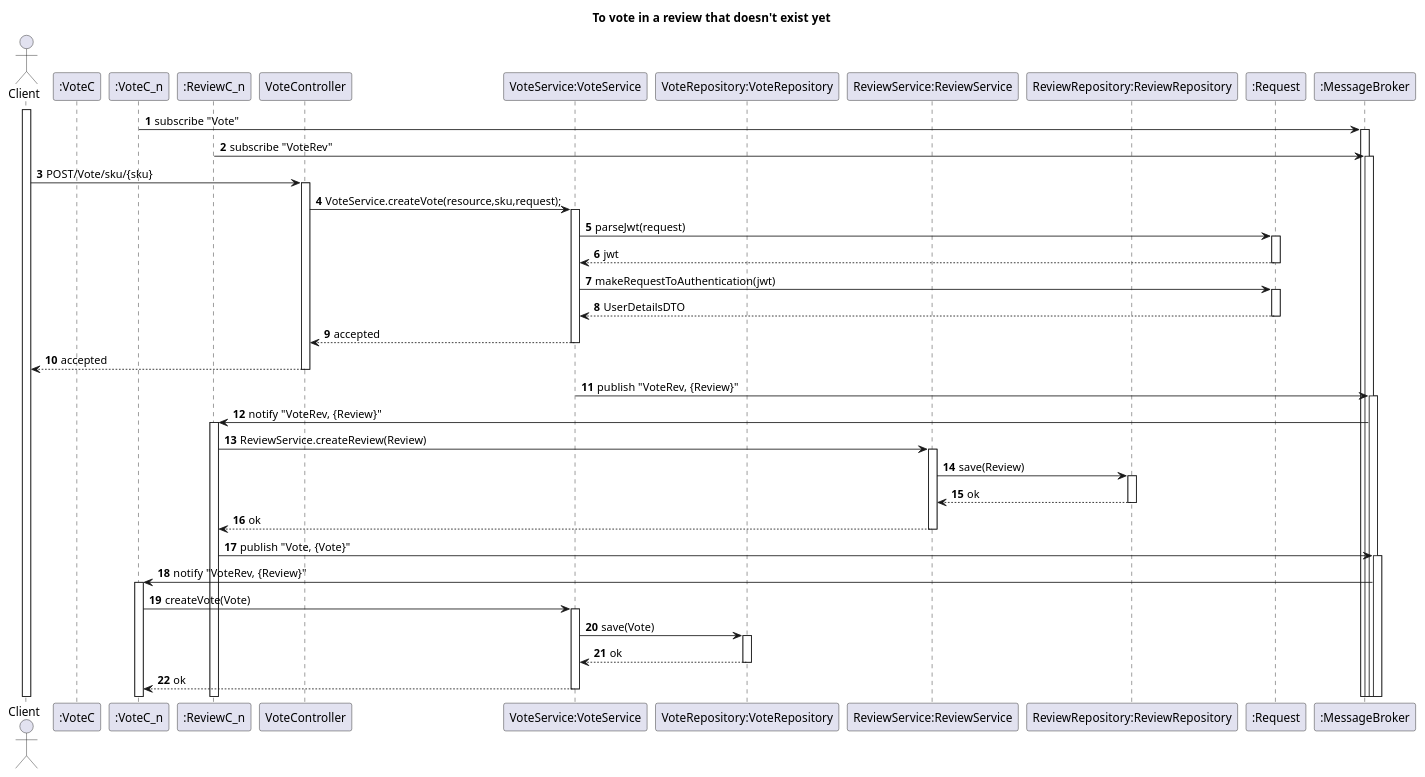
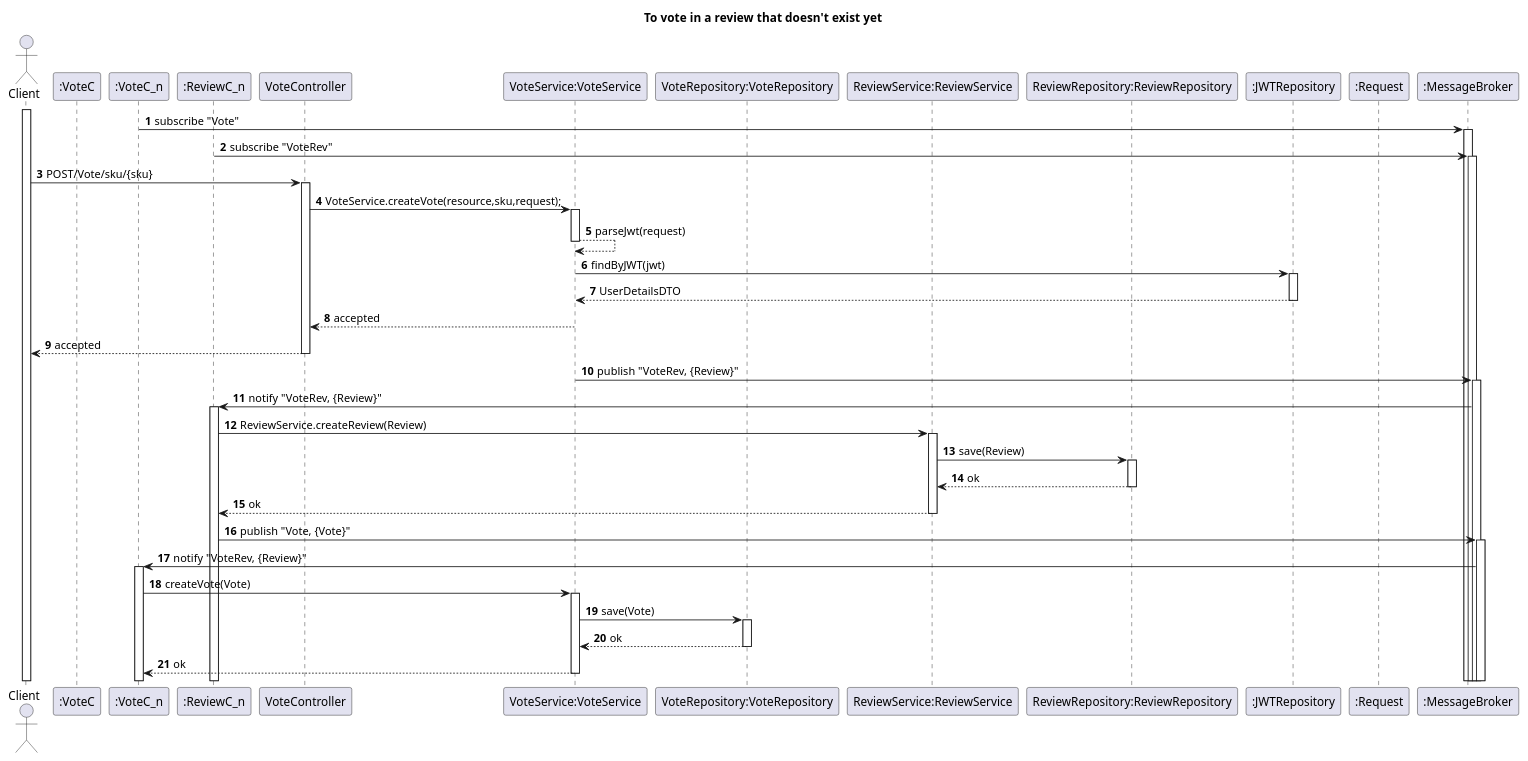
The diagram in Docs/US013-SD.puml (TiagoNora/SIDIS-Docs), drawn with PlantUML before and after one commit. The commit also changed 25 other files, not shown here.

```diff
--- a/Docs/US013-SD.puml
+++ b/Docs/US013-SD.puml
@@ -1,59 +1,59 @@
 @startuml
 'https://plantuml.com/sequence-diagram
 
 title To vote in a review that doesn't exist yet
 
 autoactivate on
 autonumber
 
 actor "Client" as Client
 
 participant ":VoteC" as voteC
 participant ":VoteC_n" as voteC_n
 
 participant ":ReviewC_n" as reviewC_n
 participant "VoteController" as Ctrl
 participant "VoteService:VoteService" as service
 participant "VoteRepository:VoteRepository" as Repo
 
 
 participant "ReviewService:ReviewService" as serviceReview
 participant "ReviewRepository:ReviewRepository" as RepoReview
+participant ":JWTRepository" as jwtRepository
 
 participant ":Request" as request
 participant ":MessageBroker" as broker
 
 activate Client
 
 voteC_n -> broker: subscribe "Vote"
 reviewC_n -> broker: subscribe "VoteRev"
 
 Client -> Ctrl : POST/Vote/sku/{sku}
 Ctrl -> service : VoteService.createVote(resource,sku,request);
-service -> request: parseJwt(request)
-request --> service: jwt
-service -> request: makeRequestToAuthentication(jwt)
-request --> service: UserDetailsDTO
+service --> service: parseJwt(request)
+service -> jwtRepository: findByJWT(jwt)
+jwtRepository --> service: UserDetailsDTO
 service --> Ctrl: accepted
 Ctrl --> Client: accepted
 
 service -> broker: publish "VoteRev, {Review}"
 reviewC_n <- broker: notify "VoteRev, {Review}"
 reviewC_n -> serviceReview: ReviewService.createReview(Review)
 serviceReview -> RepoReview: save(Review)
 RepoReview --> serviceReview: ok
 serviceReview --> reviewC_n: ok
 
 
 reviewC_n -> broker: publish "Vote, {Vote}"
 voteC_n <- broker: notify "VoteRev, {Review}"
 voteC_n -> service: createVote(Vote)
 service -> Repo: save(Vote)
 Repo -->service: ok
 service --> voteC_n: ok
 
 
 
 
 
 @enduml
```
